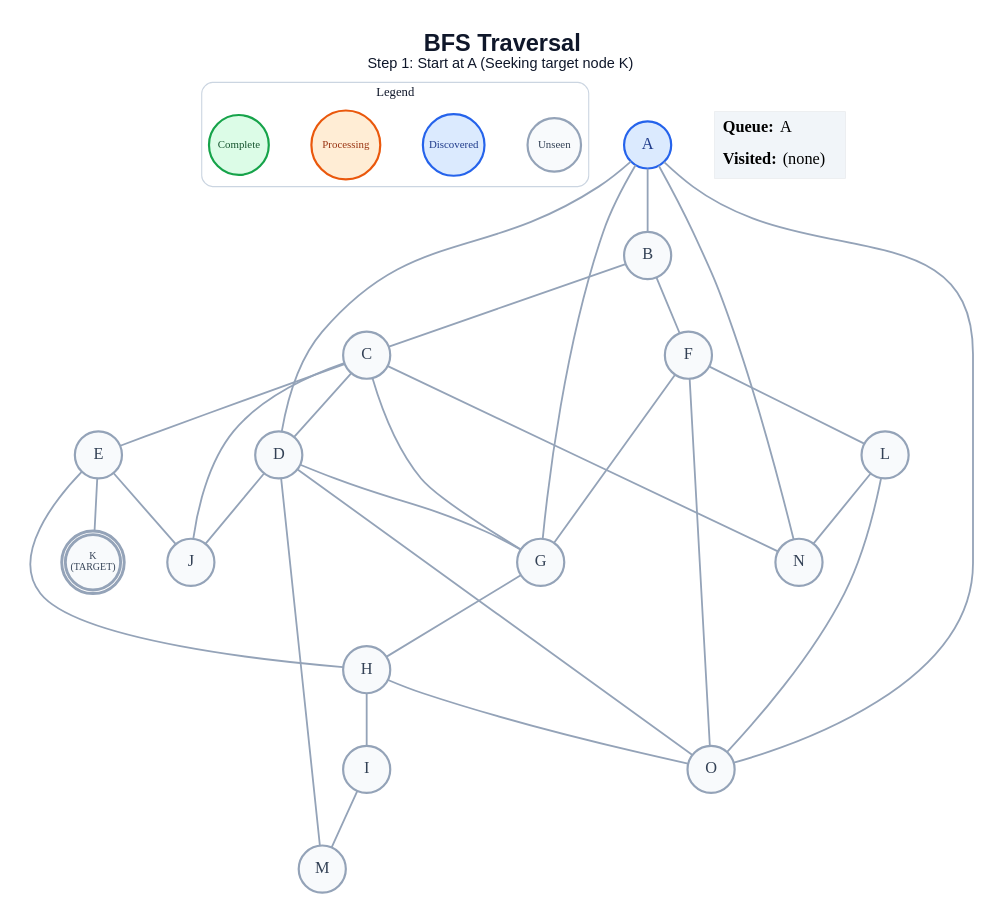
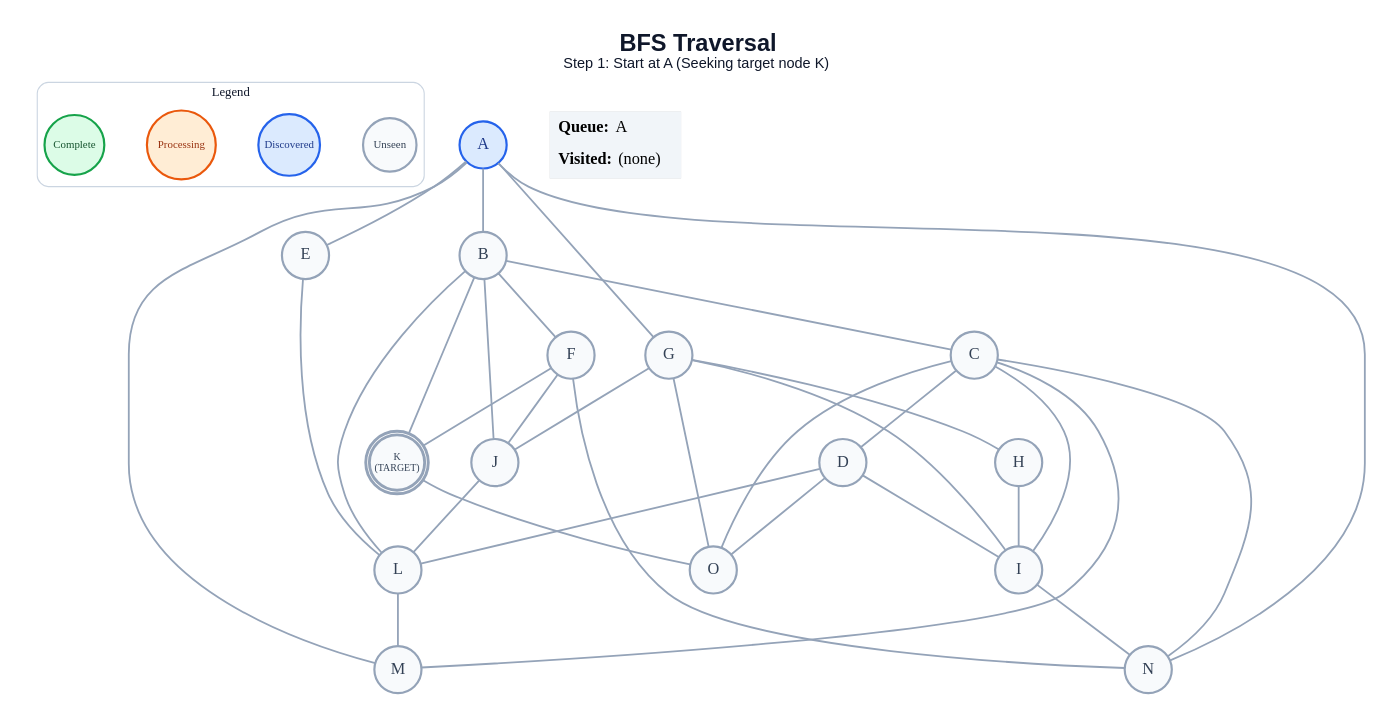
Before and after one commit to anon7238593-create/ai-slop: the diagram in generated/specific-node/bfs/step_01.dot, drawn with Graphviz. The commit also changed 309 other files, not shown here.

```diff
--- a/generated/specific-node/bfs/step_01.dot
+++ b/generated/specific-node/bfs/step_01.dot
@@ -1,62 +1,65 @@
 graph traversal {
   graph [layout=dot, rankdir=TB, bgcolor="#FFFFFF", pad="0.35", nodesep="0.65", ranksep="0.8", fontname="Arial"];
   node [shape=circle, style="filled", fontname="Arial Bold", fontsize=18, width=0.72, fixedsize=true, penwidth=2.4];
   edge [color="#94A3B8", penwidth=2.0];
   label=<<B>BFS Traversal</B><BR/><FONT POINT-SIZE="16">Step 1: Start at A (Seeking target node K)</FONT>>; labelloc="t"; fontsize=26; fontname="Arial"; fontcolor="#0F172A";
   subgraph cluster_legend { label="Legend"; color="#CBD5E1"; penwidth=1.2; style="rounded"; fontsize=14; fontname="Arial Bold";
     key_unseen [label="Unseen", fillcolor="#F8FAFC", color="#94A3B8", fontcolor="#334155", fontsize=12, width=0.82];
     key_frontier [label="Discovered", fillcolor="#DBEAFE", color="#2563EB", fontcolor="#1E3A8A", fontsize=12, width=0.95];
     key_current [label="Processing", fillcolor="#FFEDD5", color="#EA580C", fontcolor="#9A3412", fontsize=12, width=1.05];
     key_done [label="Complete", fillcolor="#DCFCE7", color="#16A34A", fontcolor="#14532D", fontsize=12, width=0.92];
     { rank=same; key_unseen; key_frontier; key_current; key_done; }
   }
   A [label="A", fillcolor="#DBEAFE", color="#2563EB", fontcolor="#1E3A8A", peripheries=1, penwidth=2.4];
   B [label="B", fillcolor="#F8FAFC", color="#94A3B8", fontcolor="#334155", peripheries=1, penwidth=2.4];
   C [label="C", fillcolor="#F8FAFC", color="#94A3B8", fontcolor="#334155", peripheries=1, penwidth=2.4];
   D [label="D", fillcolor="#F8FAFC", color="#94A3B8", fontcolor="#334155", peripheries=1, penwidth=2.4];
   E [label="E", fillcolor="#F8FAFC", color="#94A3B8", fontcolor="#334155", peripheries=1, penwidth=2.4];
   F [label="F", fillcolor="#F8FAFC", color="#94A3B8", fontcolor="#334155", peripheries=1, penwidth=2.4];
   G [label="G", fillcolor="#F8FAFC", color="#94A3B8", fontcolor="#334155", peripheries=1, penwidth=2.4];
   H [label="H", fillcolor="#F8FAFC", color="#94A3B8", fontcolor="#334155", peripheries=1, penwidth=2.4];
   I [label="I", fillcolor="#F8FAFC", color="#94A3B8", fontcolor="#334155", peripheries=1, penwidth=2.4];
   J [label="J", fillcolor="#F8FAFC", color="#94A3B8", fontcolor="#334155", peripheries=1, penwidth=2.4];
   K [label="K\n(TARGET)", fillcolor="#F8FAFC", color="#94A3B8", fontcolor="#334155", peripheries=2, penwidth=3.2, fontsize=11, width=0.85, height=0.85];
   L [label="L", fillcolor="#F8FAFC", color="#94A3B8", fontcolor="#334155", peripheries=1, penwidth=2.4];
   M [label="M", fillcolor="#F8FAFC", color="#94A3B8", fontcolor="#334155", peripheries=1, penwidth=2.4];
   N [label="N", fillcolor="#F8FAFC", color="#94A3B8", fontcolor="#334155", peripheries=1, penwidth=2.4];
   O [label="O", fillcolor="#F8FAFC", color="#94A3B8", fontcolor="#334155", peripheries=1, penwidth=2.4];
   A -- B;
-  A -- D;
+  A -- E;
   A -- G;
+  A -- M;
   A -- N;
-  A -- O;
   B -- C;
   B -- F;
+  B -- J;
+  B -- K;
+  B -- L;
   C -- D;
-  C -- E;
-  C -- G;
-  C -- J;
+  C -- I;
+  C -- M;
   C -- N;
-  D -- G;
-  D -- J;
-  D -- M;
+  C -- O;
+  D -- I;
+  D -- L;
   D -- O;
-  E -- H;
-  E -- J;
-  E -- K;
-  F -- G;
-  F -- L;
-  F -- O;
+  E -- L;
+  F -- J;
+  F -- K;
+  F -- N;
   G -- H;
+  G -- I;
+  G -- J;
+  G -- O;
   H -- I;
-  H -- O;
-  I -- M;
-  L -- N;
-  L -- O;
+  I -- N;
+  J -- L;
+  K -- O;
+  L -- M;
   status [shape=plain, fixedsize=false, width=0, height=0, margin=0, label=<
     <TABLE BORDER="0" CELLBORDER="0" CELLPADDING="7" BGCOLOR="#F1F5F9">
       <TR><TD ALIGN="LEFT"><B>Queue:</B> A</TD></TR>
       <TR><TD ALIGN="LEFT"><B>Visited:</B> (none)</TD></TR>
     </TABLE>
   >];
 }
```
